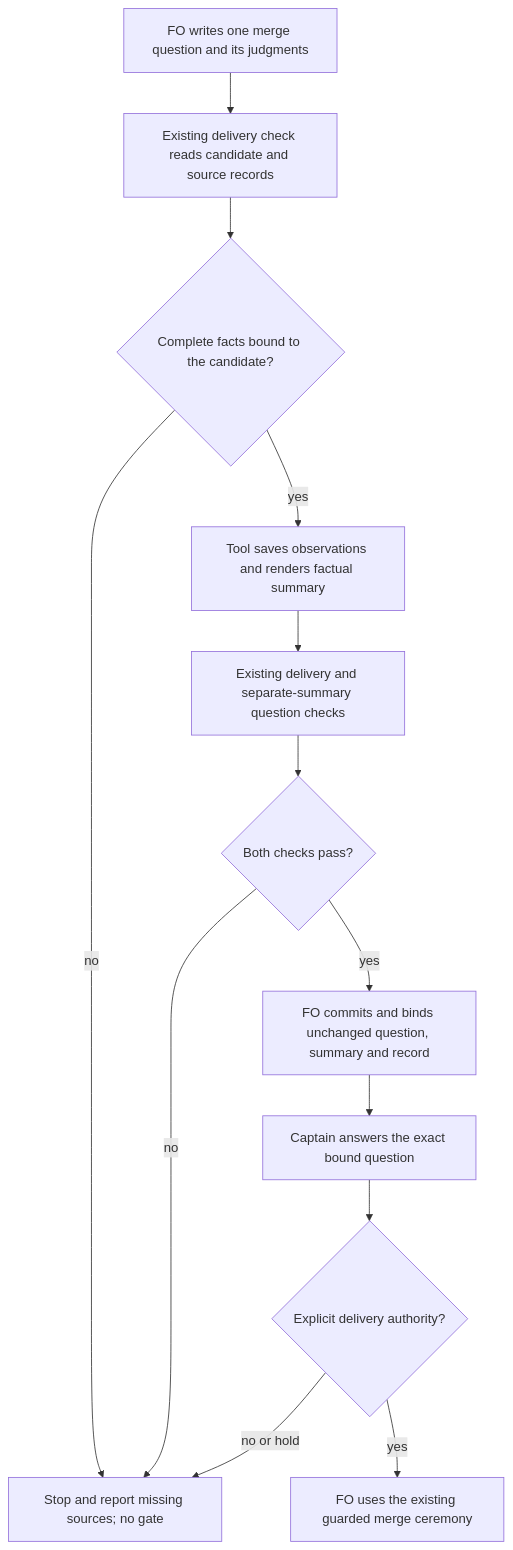
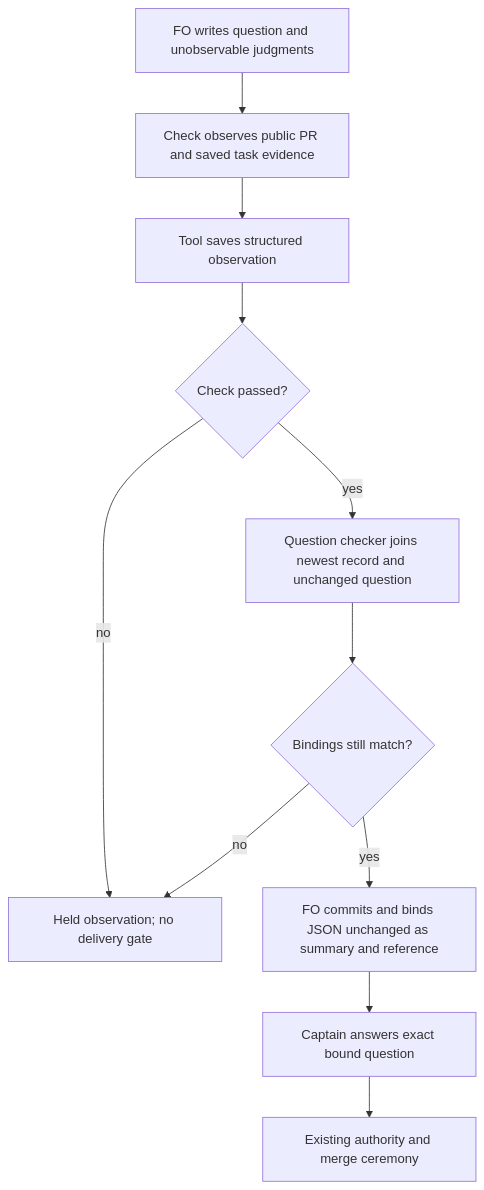
One commit to iamcxa/kc-claude-plugins changed the diagram in merge-ask-is-produced-from-records.md. Above: the diagram before and after it, drawn with Mermaid. The commit also changed other lines of this file and 62 other files, not shown here.

Commit message:
docs(kc-dev-flow-2): replace summary generation with recorded facts design

````diff
--- a/merge-ask-is-produced-from-records.md
+++ b/merge-ask-is-produced-from-records.md
@@ -139,15 +137,13 @@
 ```mermaid
 flowchart TD
-  F[FO writes one merge question and its judgments] --> C[Existing delivery check reads candidate and source records]
-  C --> G{Complete facts bound to the candidate?}
-  G -->|no| H[Stop and report missing sources; no gate]
-  G -->|yes| S[Tool saves observations and renders factual summary]
-  S --> V[Existing delivery and separate-summary question checks]
-  V --> P{Both checks pass?}
-  P -->|no| H
-  P -->|yes| B[FO commits and binds unchanged question, summary and record]
-  B --> K[Captain answers the exact bound question]
-  K --> A{Explicit delivery authority?}
-  A -->|no or hold| H
-  A -->|yes| M[FO uses the existing guarded merge ceremony]
+  F[FO writes question and unobservable judgments] --> C[Check observes public PR and saved task evidence]
+  C --> R[Tool saves structured observation]
+  R --> H{Check passed?}
+  H -->|no| X[Held observation; no delivery gate]
+  H -->|yes| Q[Question checker joins newest record and unchanged question]
+  Q --> J{Bindings still match?}
+  J -->|no| X
+  J -->|yes| B[FO commits and binds JSON unchanged as summary and reference]
+  B --> K[Captain answers exact bound question]
+  K --> M[Existing authority and merge ceremony]
 ```
````
